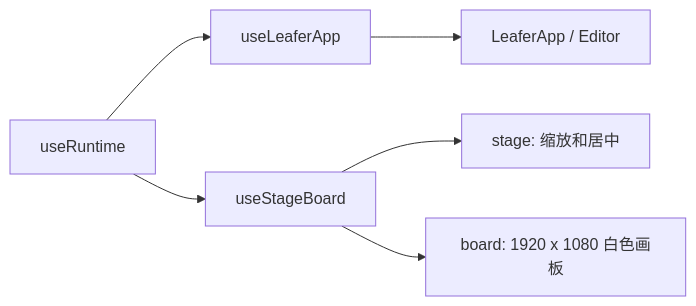
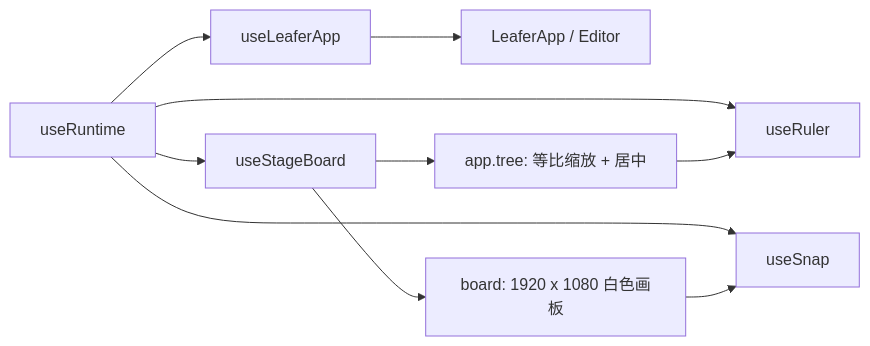
The second of 8 diagrams in src/pages/home/hooks/README.md (Tajigaqzh/paint-canvas), drawn with Mermaid before and after one commit. The commit also changed other lines of this file and 32 other files, not shown here.

````diff
--- a/src/pages/home/hooks/README.md
+++ b/src/pages/home/hooks/README.md
@@ -80,8 +84,12 @@
 ```mermaid
 flowchart LR
   Runtime[useRuntime] --> App[useLeaferApp]
   Runtime --> Stage[useStageBoard]
+  Runtime --> Snap[useSnap]
+  Runtime --> Ruler[useRuler]
   App --> LeaferApp[LeaferApp / Editor]
-  Stage --> StageNode[stage: 缩放和居中]
+  Stage --> TreeNode["app.tree: 等比缩放 + 居中"]
   Stage --> BoardNode[board: 1920 x 1080 白色画板]
+  TreeNode --> Ruler
+  BoardNode --> Snap
 ```
````
